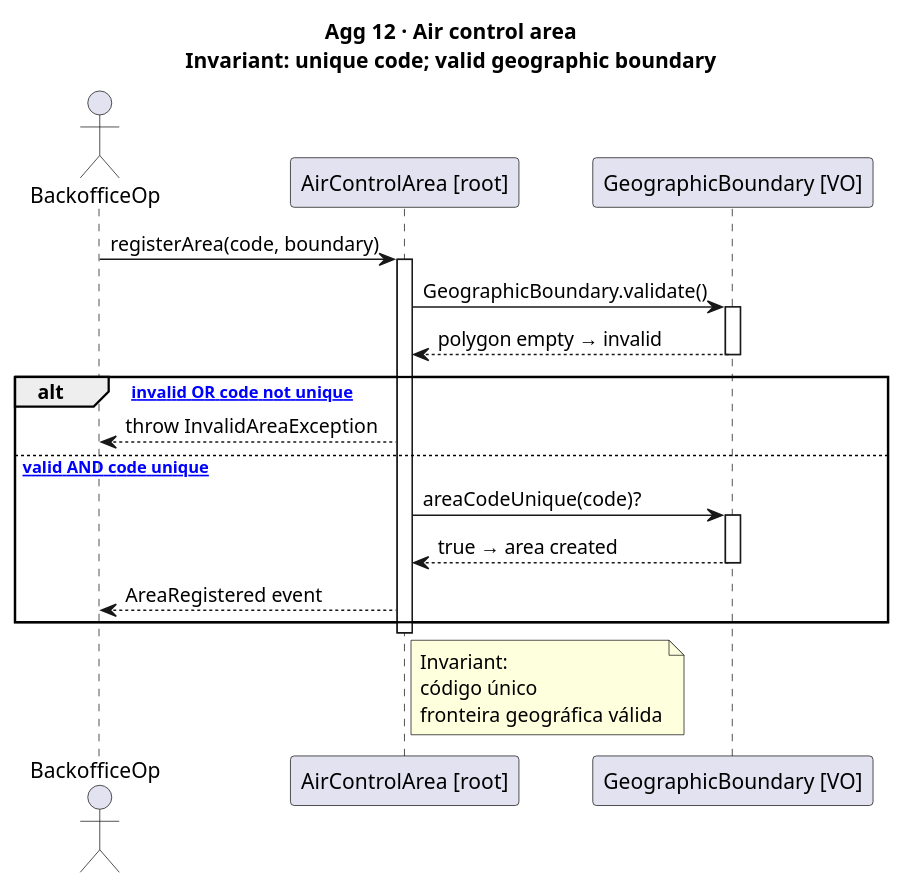
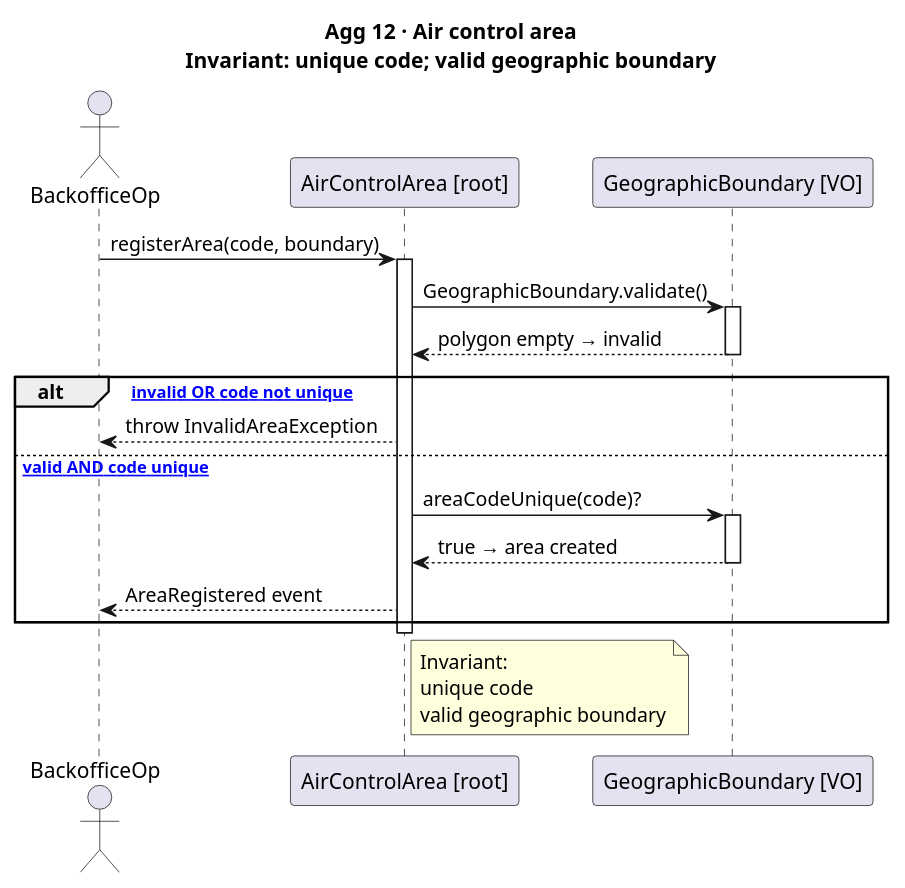
One commit to DuartePinto1240/sem4pi2526-sem4pi2526_2da2 changed the diagram in docs/Agg12.puml. Above: the diagram before and after it, drawn with PlantUML.

Commit message:
Air control area aggregate sequence diagram #11

```diff
--- a/docs/Agg12.puml
+++ b/docs/Agg12.puml
@@ -1,34 +1,34 @@
 @startuml US011_Agg12_AirControlArea
 title Agg 12 · Air control area\nInvariant: unique code; valid geographic boundary
 
 actor "BackofficeOp" as Op
 participant "AirControlArea [root]" as ACA
 participant "GeographicBoundary [VO]" as GB
 
 Op -> ACA : registerArea(code, boundary)
 activate ACA
 
 ACA -> GB : GeographicBoundary.validate()
 activate GB
 GB --> ACA : polygon empty → invalid
 deactivate GB
 
 alt [boundary invalid OR code not unique]
     ACA --> Op : throw InvalidAreaException
 else [boundary valid AND code unique]
     ACA -> GB : areaCodeUnique(code)?
     activate GB
     GB --> ACA : true → area created
     deactivate GB
     ACA --> Op : AreaRegistered event
 end
 
 deactivate ACA
 
 note right of ACA
   Invariant:
-  código único
-  fronteira geográfica válida
+  unique code
+  valid geographic boundary
 end note
 
 @enduml
```
